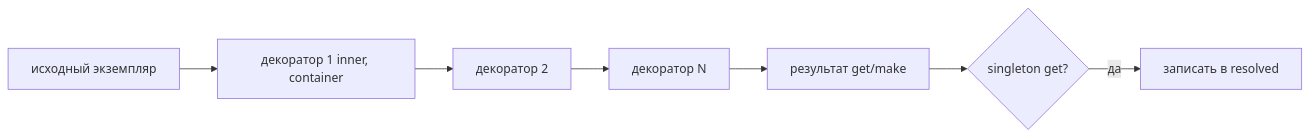
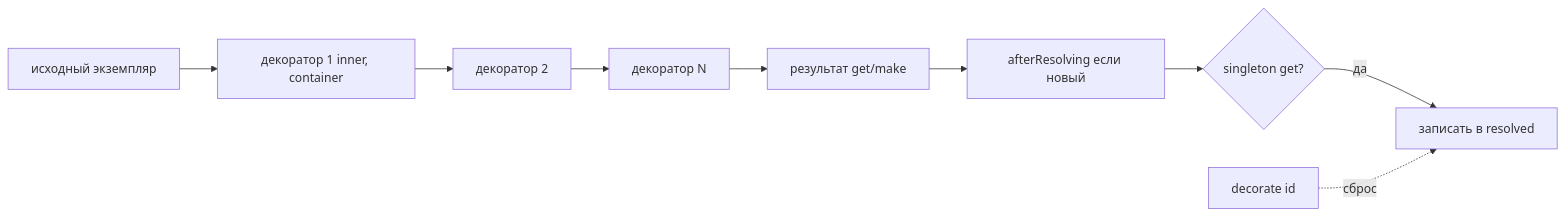
Diagram 11 of 22 in wiki/Architecture.md (cloudcastle-apps/di), drawn with Mermaid before and after one commit. The commit also changed other lines of this file and 92 other files, not shown here.

````diff
--- a/wiki/Architecture.md
+++ b/wiki/Architecture.md
@@ -306,9 +382,11 @@
 ```mermaid
 flowchart LR
     Inner[исходный экземпляр] --> D1[декоратор 1 inner, container]
     D1 --> D2[декоратор 2]
     D2 --> Dn[декоратор N]
     Dn --> Out[результат get/make]
-    Out --> Cache{singleton get?}
+    Out --> Hooks[afterResolving если новый]
+    Hooks --> Cache{singleton get?}
     Cache -->|да| Resolved[записать в resolved]
+    DecorateReg[decorate id] -.->|сброс| Resolved
 ```
````
